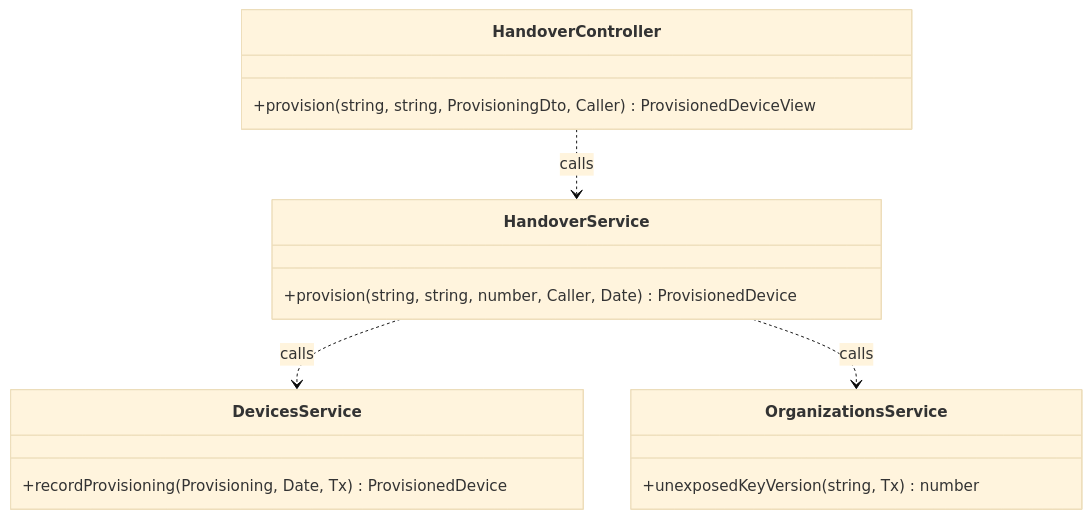
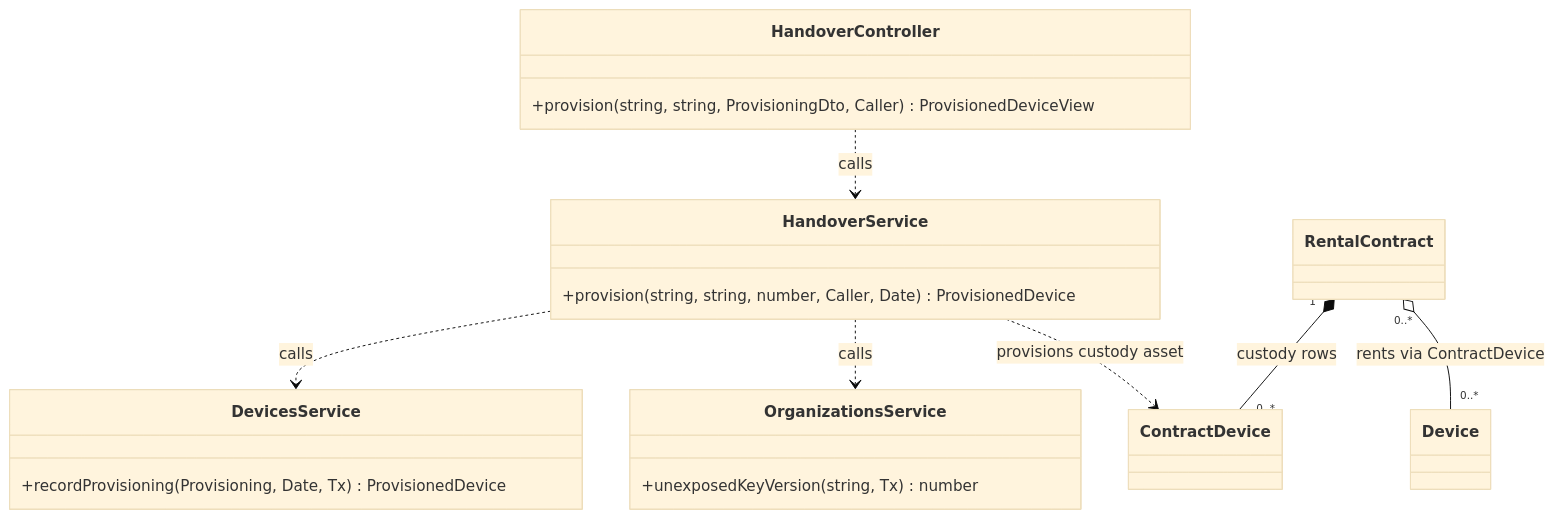
One commit to TrekLink-Team/treklink-web changed the sixth of 29 diagrams in specs/rentals/design.md. Above: the diagram before and after it, drawn with Mermaid (base theme). The commit also changed other lines of this file and 7 other files, not shown here.

First line of the commit message:
docs: add code-backed UML class relations and split views

````diff
--- a/specs/rentals/design.md
+++ b/specs/rentals/design.md
@@ -417,19 +439,29 @@
 ```mermaid
 classDiagram
     direction TB
     class HandoverController {
         +provision(string, string, ProvisioningDto, Caller) ProvisionedDeviceView
     }
     class HandoverService {
         +provision(string, string, number, Caller, Date) ProvisionedDevice
     }
     class OrganizationsService {
         +unexposedKeyVersion(string, Tx) number
     }
     class DevicesService {
         +recordProvisioning(Provisioning, Date, Tx) ProvisionedDevice
     }
     HandoverController ..> HandoverService : calls
     HandoverService ..> DevicesService : calls
     HandoverService ..> OrganizationsService : calls
+
+    class RentalContract
+    class ContractDevice
+    class Device
+    %% backend/prisma/schema.prisma:1218-1253; exclusive contract rows; backend/src/modules/rentals/contracts.repository.ts:258; rows cannot outlive the retained contract. Restrict, not Cascade.
+    RentalContract "1" *-- "0..*" ContractDevice : custody rows
+    %% backend/prisma/schema.prisma:1221-1223,1253; devices are reusable assets; at most one live custody row, many historical contracts.
+    RentalContract "0..*" o-- "0..*" Device : rents via ContractDevice
+    %% backend/src/modules/rentals/handover.service.ts:178-198; operations work on the contract custody row.
+    HandoverService ..> ContractDevice : provisions custody asset
 ```
````
